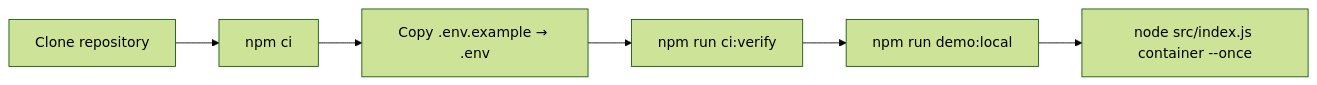
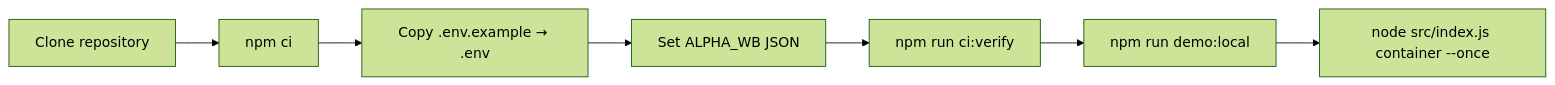
One commit to MontrealAI/AGI-Alpha-Node-v0 changed the fourth of 7 diagrams in README.md. Above: the diagram before and after it, drawn with Mermaid (forest theme). The commit also changed other lines of this file and 4 other files, not shown here.

````diff
--- a/README.md
+++ b/README.md
@@ -96,8 +144,9 @@
 ```mermaid
 flowchart LR
   A[Clone repository] --> B[npm ci]
   B --> C[Copy .env.example → .env]
-  C --> D[npm run ci:verify]
-  D --> E[npm run demo:local]
-  E --> F[node src/index.js container --once]
+  C --> D[Set ALPHA_WB JSON]
+  D --> E[npm run ci:verify]
+  E --> F[npm run demo:local]
+  F --> G[node src/index.js container --once]
 ```
````
